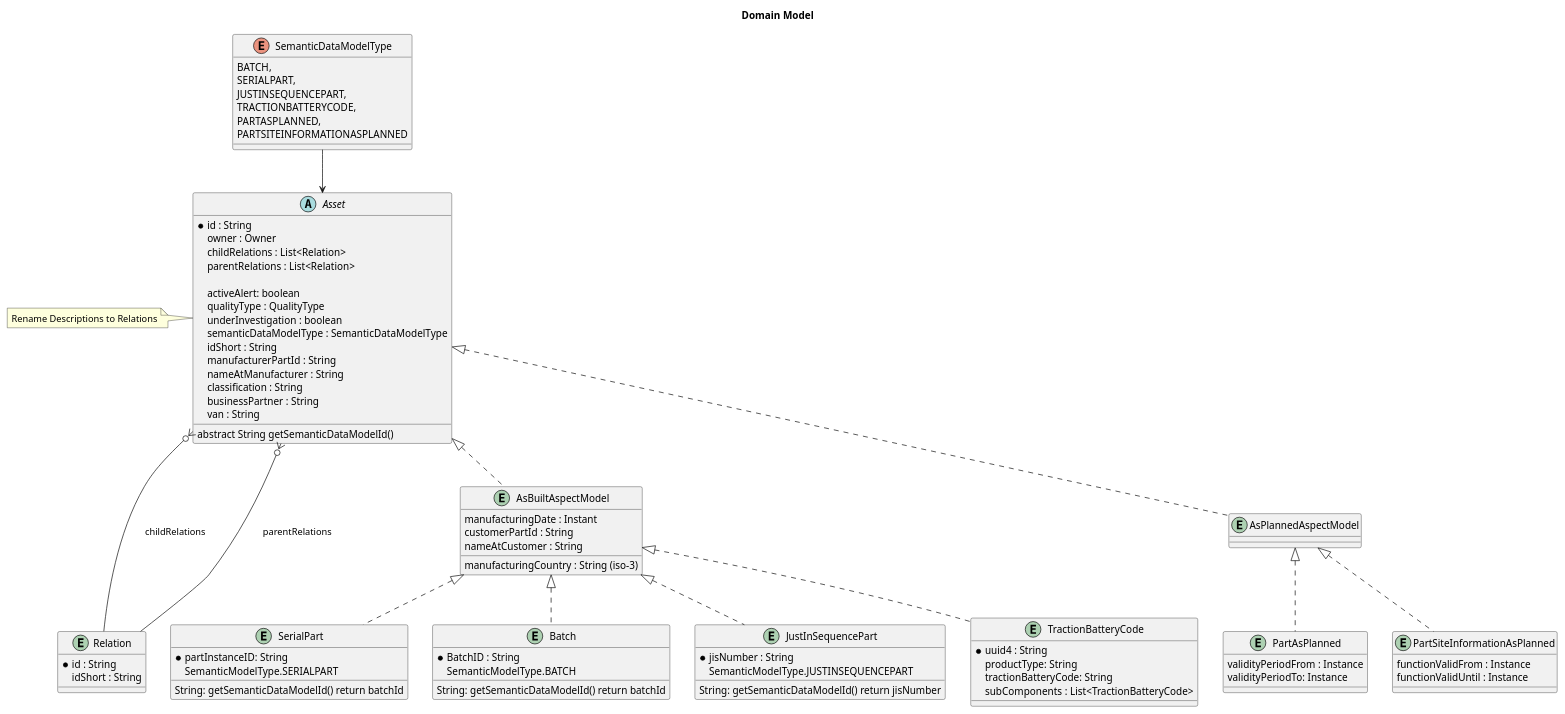
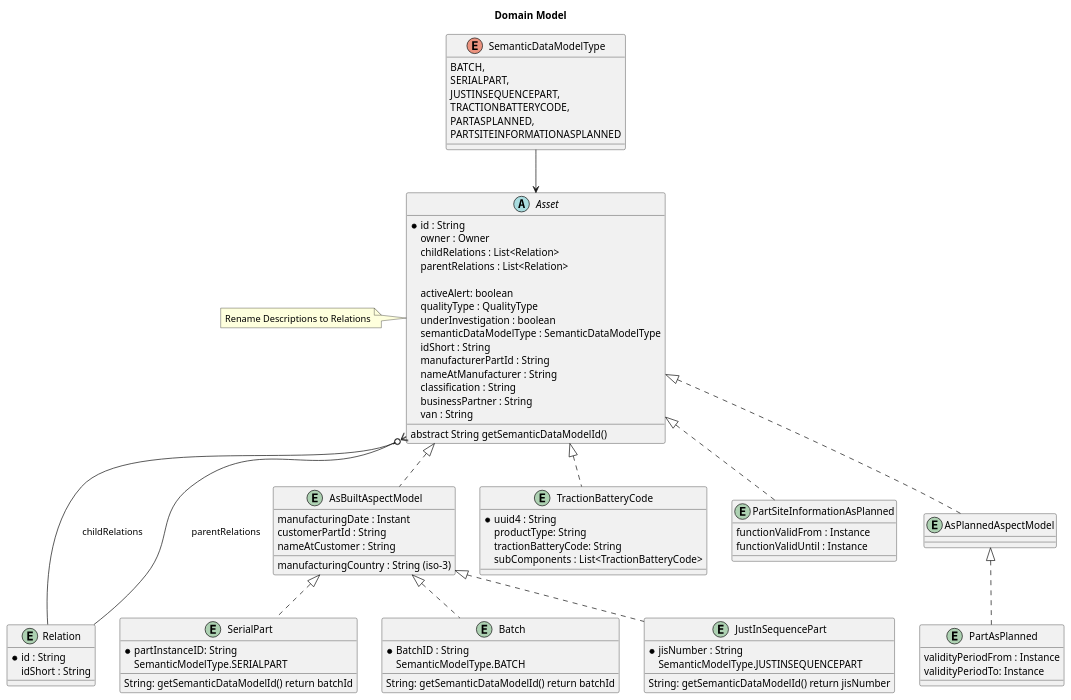
Before and after one commit to eclipse-tractusx/traceability-foss: the diagram in docs/src/uml-diagrams/concept/TRACEFOSS-1423/domain-model.puml, drawn with PlantUML.

Commit message:
fix(diagram):[TRACEFOSS-1423] change relation to assets

```diff
--- a/docs/src/uml-diagrams/concept/TRACEFOSS-1423/domain-model.puml
+++ b/docs/src/uml-diagrams/concept/TRACEFOSS-1423/domain-model.puml
@@ -1,112 +1,112 @@
 @startuml
 
 title: Domain Model
 
 
 abstract Asset {
         *   id : String
         owner : Owner
         childRelations : List<Relation>
         parentRelations : List<Relation>
 
         activeAlert: boolean
         qualityType : QualityType
         underInvestigation : boolean
         semanticDataModelType : SemanticDataModelType
         idShort : String
         manufacturerPartId : String /' partTypeInformation.manufacturerPartId '/
         nameAtManufacturer : String /' partTypeInformation.nameAtManufacturer '/
         classification : String /' partTypeInformation.classification '/
         businessPartner : String /' BusinessPartner '/
         abstract String getSemanticDataModelId()
         van : String
 
 }
 
 note left
     Rename Descriptions to Relations
 end note
 
 entity Relation {
        *   id : String
        idShort : String
 }
 
 enum SemanticDataModelType {
     BATCH,
     SERIALPART,
     JUSTINSEQUENCEPART,
     TRACTIONBATTERYCODE,
     PARTASPLANNED,
     PARTSITEINFORMATIONASPLANNED
 }
 
 
 entity AsBuiltAspectModel {
     manufacturingDate : Instant
     manufacturingCountry : String (iso-3)
     customerPartId : String
     nameAtCustomer : String
 }
 
 entity SerialPart {
        * partInstanceID: String
        String: getSemanticDataModelId() return batchId
        SemanticModelType.SERIALPART
 }
 
 entity Batch {
      * BatchID : String
      String: getSemanticDataModelId() return batchId
      SemanticModelType.BATCH
 }
 
 entity JustInSequencePart {
      * jisNumber : String
      String: getSemanticDataModelId() return jisNumber
      SemanticModelType.JUSTINSEQUENCEPART
 }
 
 entity TractionBatteryCode {
     * uuid4 : String /' UUID ID '/
     productType: String
     tractionBatteryCode: String
     subComponents : List<TractionBatteryCode>
 }
 
 entity PartAsPlanned {
 /'
     1.0.0
 '/
     validityPeriodFrom : Instance
     validityPeriodTo: Instance
 }
 
 entity PartSiteInformationAsPlanned {
 /'
     1.0.0
     Currently this is not ready for implementing - there is no specification right now.
 '/
     functionValidFrom : Instance
     functionValidUntil : Instance
 }
 
 entity AsPlannedAspectModel {
 }
 
 SemanticDataModelType --> Asset
 Asset <|.. AsBuiltAspectModel
 Asset <|.. AsPlannedAspectModel
 
 AsBuiltAspectModel <|.. Batch
 AsBuiltAspectModel <|.. SerialPart
 AsBuiltAspectModel <|.. JustInSequencePart
-AsBuiltAspectModel <|.. TractionBatteryCode
+Asset <|.. TractionBatteryCode
 
 AsPlannedAspectModel <|.. PartAsPlanned
-AsPlannedAspectModel <|.. PartSiteInformationAsPlanned
+Asset <|.. PartSiteInformationAsPlanned
 
 Asset }o--- Relation : childRelations
 Asset }o---  Relation : parentRelations
 
 @enduml
```
